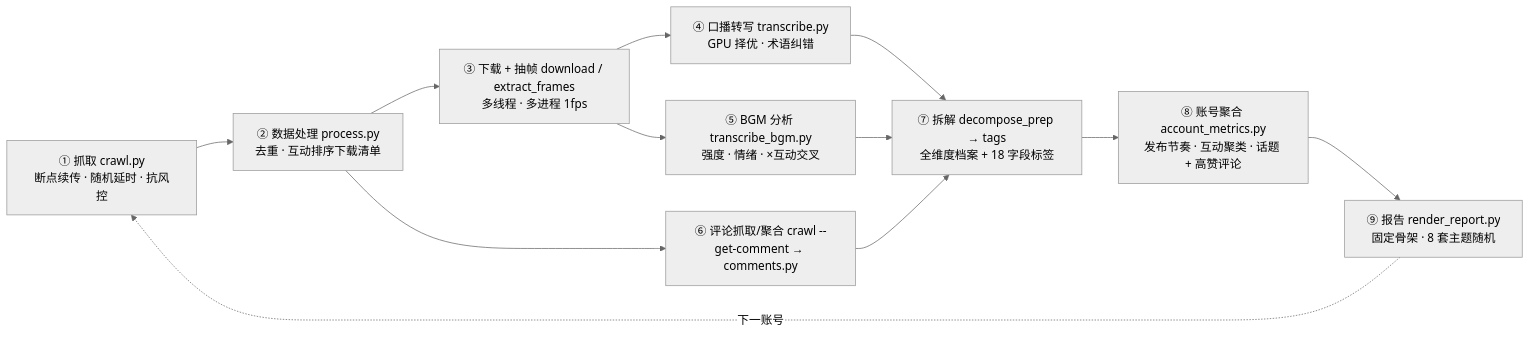
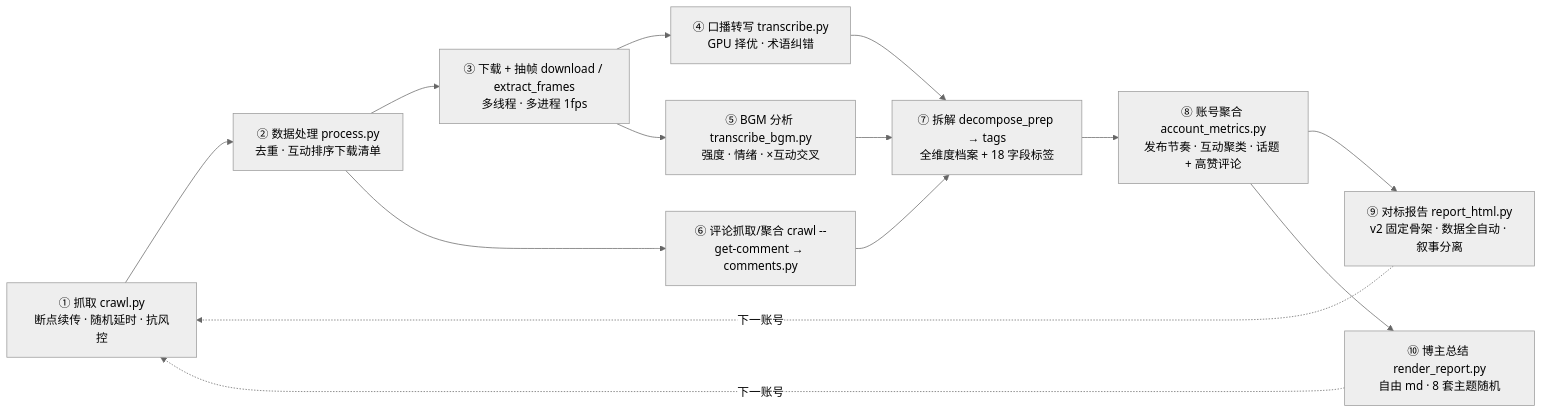
One commit to sdhack/douyin-crawl-report changed the diagram in README.md. Above: the diagram before and after it, drawn with Mermaid (neutral theme). The commit also changed other lines of this file and 12 other files, not shown here.

First line of the commit message:
feat: 升级至 v0.3.0 — 对标报告双路径收口(report_html v2)

````diff
--- a/README.md
+++ b/README.md
@@ -18,14 +18,16 @@
 ```mermaid
 flowchart LR
     A["① 抓取 crawl.py<br/>断点续传 · 随机延时 · 抗风控"] --> B["② 数据处理 process.py<br/>去重 · 互动排序下载清单"]
     B --> C["③ 下载 + 抽帧 download / extract_frames<br/>多线程 · 多进程 1fps"]
     C --> D["④ 口播转写 transcribe.py<br/>GPU 择优 · 术语纠错"]
     C --> E["⑤ BGM 分析 transcribe_bgm.py<br/>强度 · 情绪 · ×互动交叉"]
     B --> F["⑥ 评论抓取/聚合 crawl --get-comment → comments.py"]
     D --> G["⑦ 拆解 decompose_prep → tags<br/>全维度档案 + 18 字段标签"]
     F --> G
     E --> G
     G --> H["⑧ 账号聚合 account_metrics.py<br/>发布节奏 · 互动聚类 · 话题 + 高赞评论"]
-    H --> I["⑨ 报告 render_report.py<br/>固定骨架 · 8 套主题随机"]
+    H --> I["⑨ 对标报告 report_html.py<br/>v2 固定骨架 · 数据全自动 · 叙事分离"]
+    H --> J["⑩ 博主总结 render_report.py<br/>自由 md · 8 套主题随机"]
     I -.->|下一账号| A
+    J -.->|下一账号| A
 ```
````
